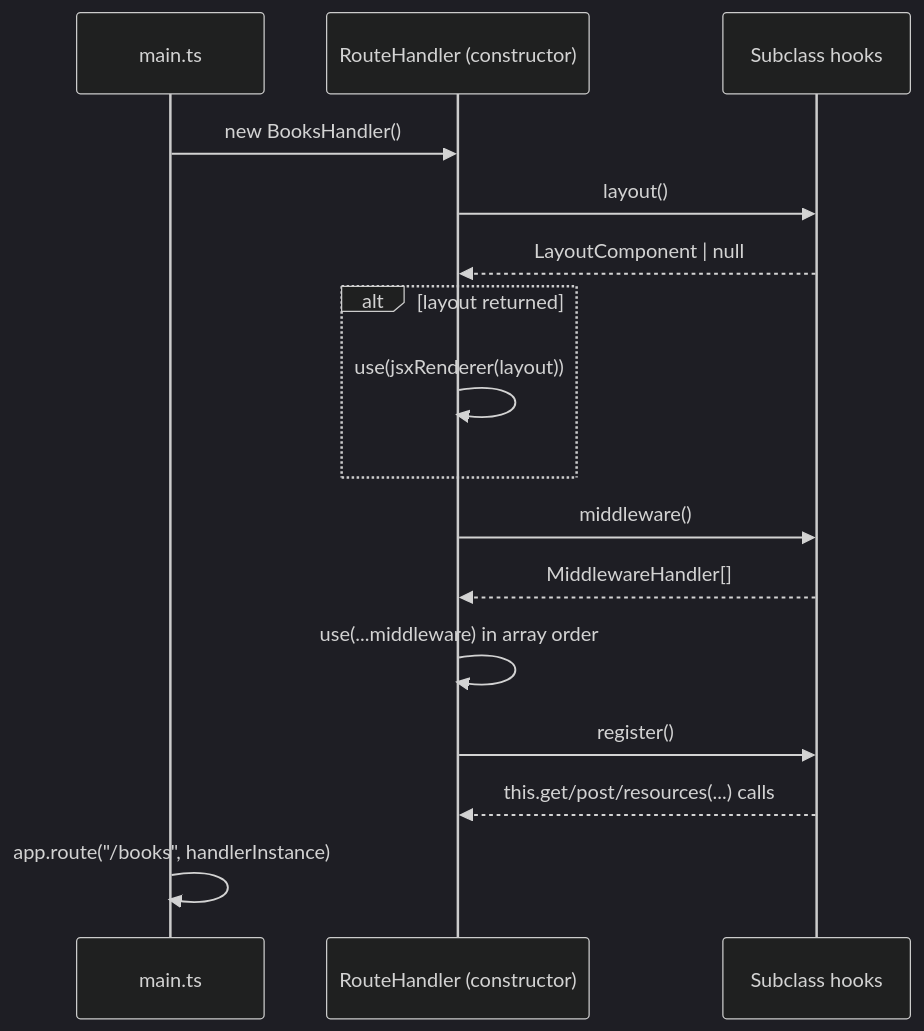
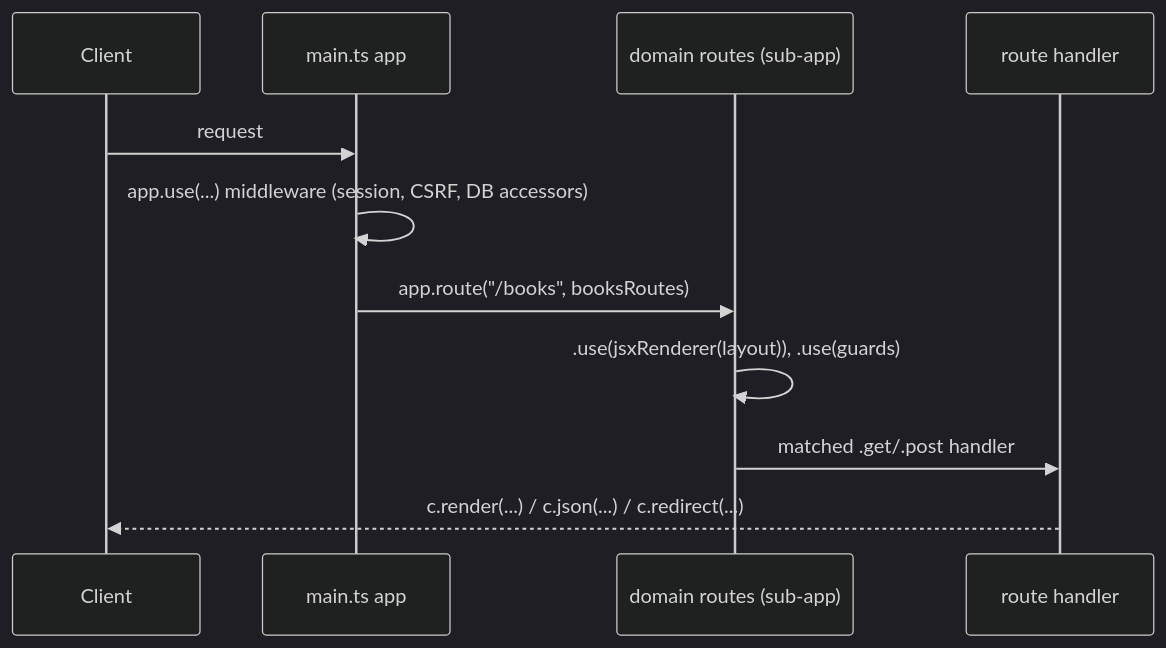
The diagram in docs/concepts.md (tknf/oven), drawn with Mermaid (dark theme) before and after one commit. The commit also changed other lines of this file and 20 other files, not shown here.

First line of the commit message:
Document the domain layout and typed Hono routes

````diff
--- a/docs/concepts.md
+++ b/docs/concepts.md
@@ -81,19 +81,14 @@
 ```mermaid
 sequenceDiagram
-    participant App as main.ts
-    participant RH as RouteHandler (constructor)
-    participant Sub as Subclass hooks
+    participant Client
+    participant App as main.ts app
+    participant Domain as domain routes (sub-app)
+    participant Route as route handler
 
-    App->>RH: new BooksHandler()
-    RH->>Sub: layout()
-    Sub-->>RH: LayoutComponent | null
-    alt layout returned
-        RH->>RH: use(jsxRenderer(layout))
-    end
-    RH->>Sub: middleware()
-    Sub-->>RH: MiddlewareHandler[]
-    RH->>RH: use(...middleware) in array order
-    RH->>Sub: register()
-    Sub-->>RH: this.get/post/resources(...) calls
-    App->>App: app.route("/books", handlerInstance)
+    Client->>App: request
+    App->>App: app.use(...) middleware (session, CSRF, DB accessors)
+    App->>Domain: app.route("/books", booksRoutes)
+    Domain->>Domain: .use(jsxRenderer(layout)), .use(guards)
+    Domain->>Route: matched .get/.post handler
+    Route-->>Client: c.render(...) / c.json(...) / c.redirect(...)
 ```
````
